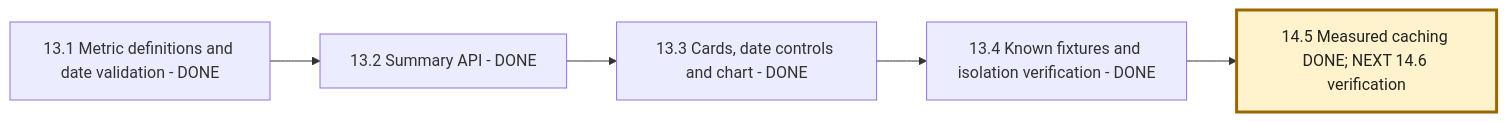
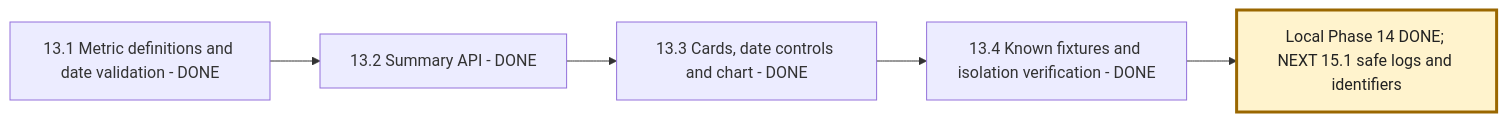
Before and after one commit to msdian0007/nexaAi: the fifth of 6 diagrams in NEXAAI_ROADMAP.md, drawn with Mermaid. The commit also changed other lines of this file and 7 other files, not shown here.

````diff
--- a/NEXAAI_ROADMAP.md
+++ b/NEXAAI_ROADMAP.md
@@ -355,8 +357,8 @@
 ```mermaid
 flowchart LR
     A[13.1 Metric definitions and date validation - DONE] --> B[13.2 Summary API - DONE]
     B --> C[13.3 Cards, date controls and chart - DONE]
     C --> D[13.4 Known fixtures and isolation verification - DONE]
-    D --> E[14.5 Measured caching DONE; NEXT 14.6 verification]
+    D --> E[Local Phase 14 DONE; NEXT 15.1 safe logs and identifiers]
     style E fill:#fff3cd,stroke:#9a6700,stroke-width:3px,color:#222
 ```
````
